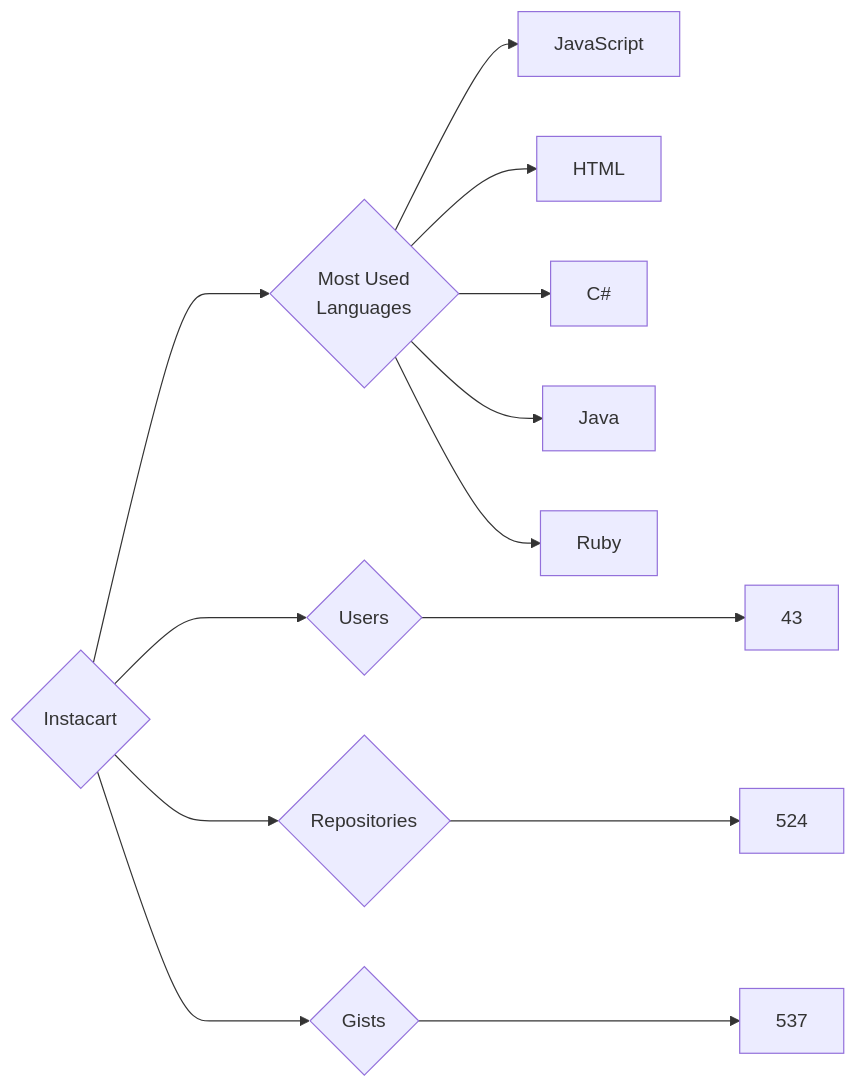
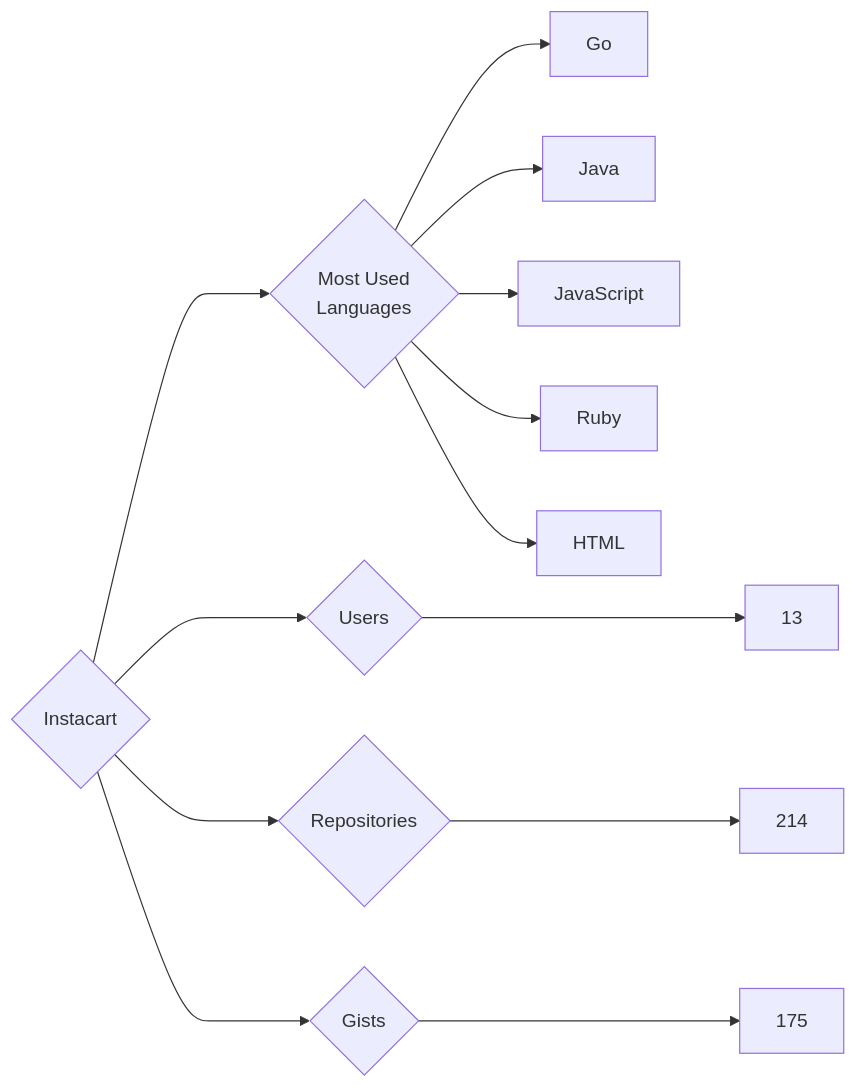
One commit to trickest/insiders changed the diagram in targets/Instacart/README.md. Above: the diagram before and after it, drawn with Mermaid. The commit also changed 633 other files, not shown here.

````diff
--- a/targets/Instacart/README.md
+++ b/targets/Instacart/README.md
@@ -3,13 +3,13 @@
 ```mermaid
 graph LR
 COMPANY_NAME{Instacart}
-COMPANY_NAME ---> U{Users} ---> UN[43]
-COMPANY_NAME ---> R{Repositories} ---> RN[524]
-COMPANY_NAME ---> G{Gists} ---> GN[537]
+COMPANY_NAME ---> U{Users} ---> UN[13]
+COMPANY_NAME ---> R{Repositories} ---> RN[214]
+COMPANY_NAME ---> G{Gists} ---> GN[175]
 COMPANY_NAME ---> ML{Most Used<br>Languages}
+ML --> Go[Go]
+ML --> Java[Java]
 ML --> JavaScript[JavaScript]
+ML --> Ruby[Ruby]
 ML --> HTML[HTML]
-ML --> C#[C#]
-ML --> Java[Java]
-ML --> Ruby[Ruby]
 ```
````
